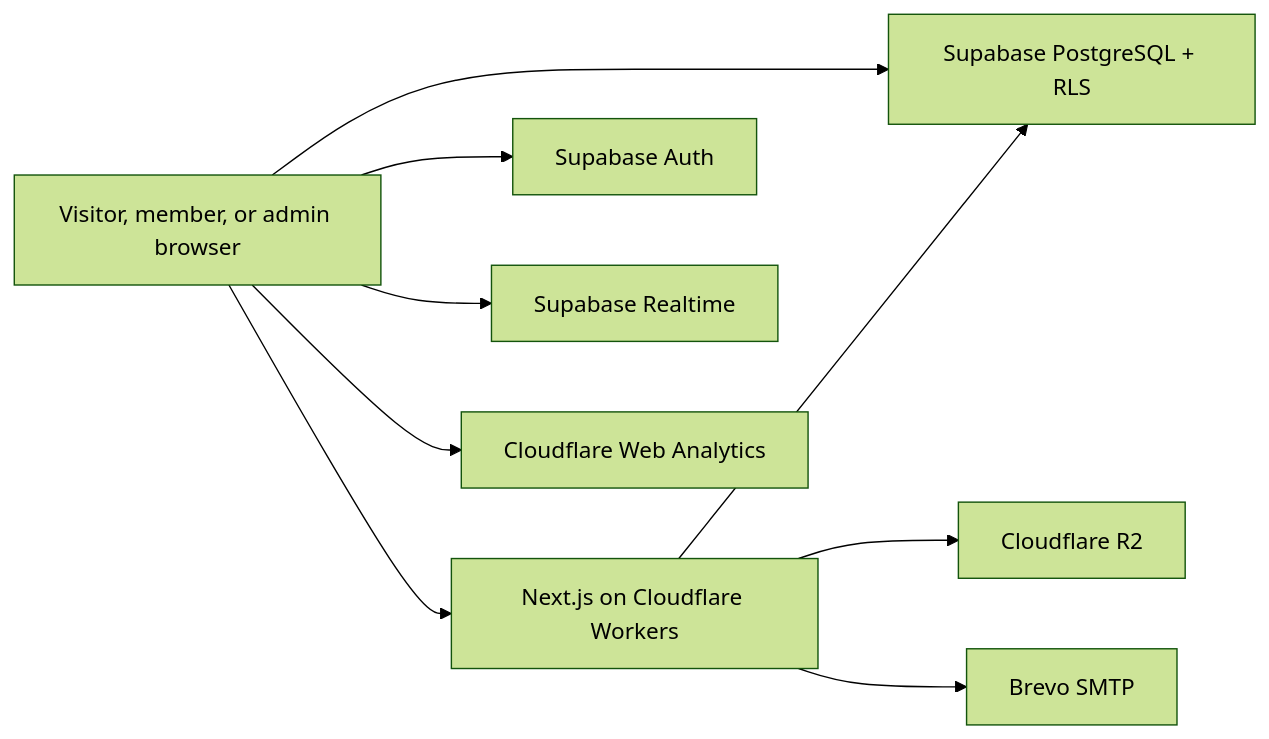
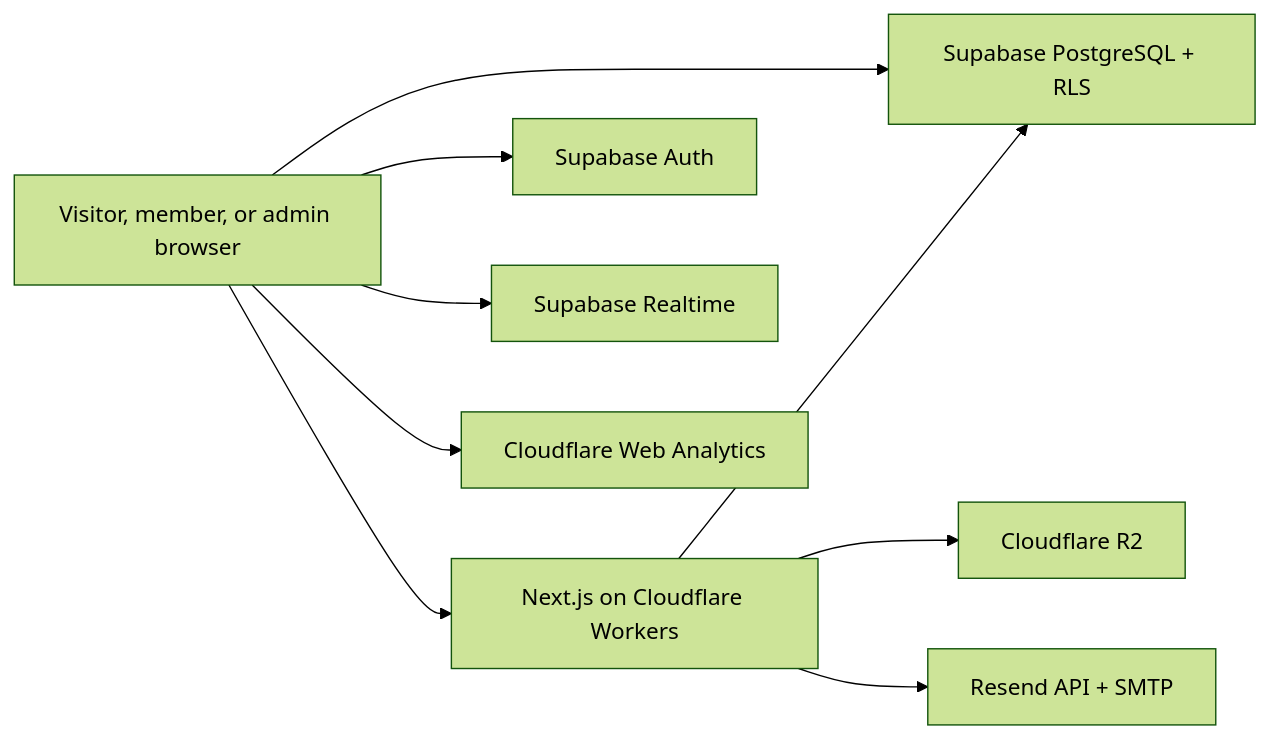
One commit to NasoraNsr300/NasoraStudio changed the diagram in ARCHITECTURE.md. Above: the diagram before and after it, drawn with Mermaid (forest theme). The commit also changed other lines of this file and 35 other files, not shown here.

````diff
--- a/ARCHITECTURE.md
+++ b/ARCHITECTURE.md
@@ -29,20 +29,20 @@
 ```mermaid
 flowchart LR
     Browser["Visitor, member, or admin browser"]
     App["Next.js on Cloudflare Workers"]
     DB["Supabase PostgreSQL + RLS"]
     Auth["Supabase Auth"]
     RT["Supabase Realtime"]
     R2["Cloudflare R2"]
-    SMTP["Brevo SMTP"]
+    SMTP["Resend API + SMTP"]
     Analytics["Cloudflare Web Analytics"]
 
     Browser --> App
     Browser --> Auth
     Browser --> DB
     Browser --> RT
     App --> DB
     App --> R2
     App --> SMTP
     Browser --> Analytics
 ```
````
